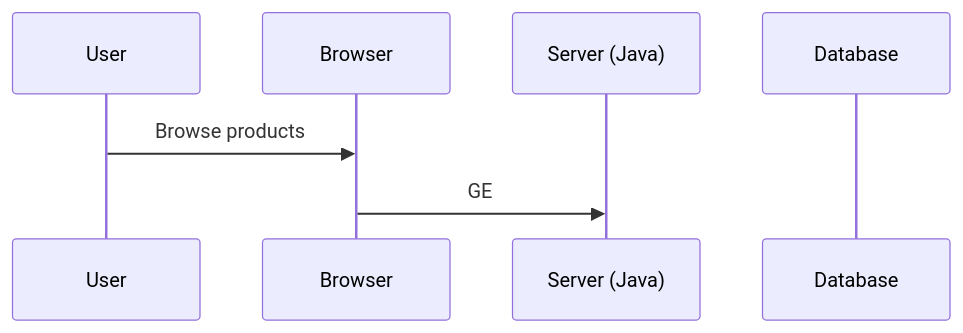
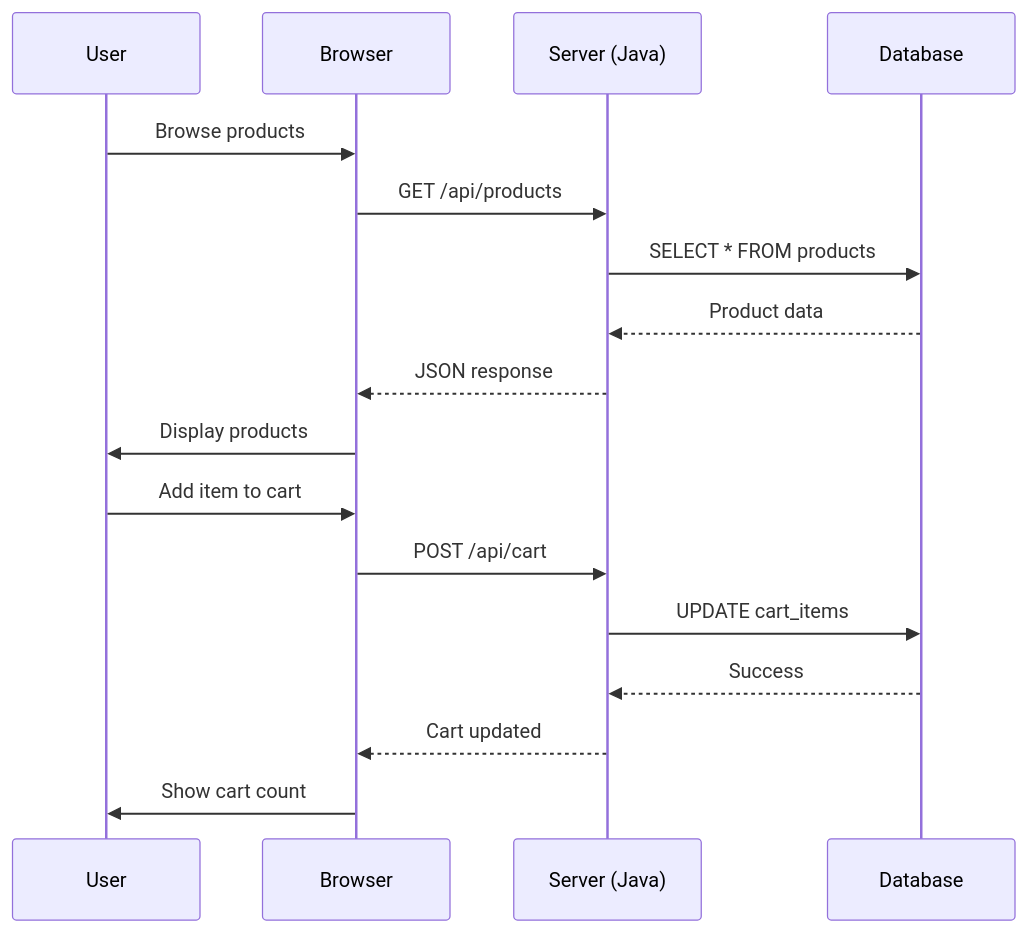
The diagram in README.md (shubhyagami/eCommerce), drawn with Mermaid before and after one commit. The commit also changed other lines of this file, not shown here.

````diff
--- a/README.md
+++ b/README.md
@@ -49,10 +49,20 @@
 ```mermaid
 sequenceDiagram
     participant User
     participant Browser
     participant Server (Java)
     participant Database
 
     User->>Browser: Browse products
-    Browser->>Server (Java): GE
+    Browser->>Server (Java): GET /api/products
+    Server (Java)->>Database: SELECT * FROM products
+    Database-->>Server (Java): Product data
+    Server (Java)-->>Browser: JSON response
+    Browser->>User: Display products
+    User->>Browser: Add item to cart
+    Browser->>Server (Java): POST /api/cart
+    Server (Java)->>Database: UPDATE cart_items
+    Database-->>Server (Java): Success
+    Server (Java)-->>Browser: Cart updated
+    Browser->>User: Show cart count
 ```
````
